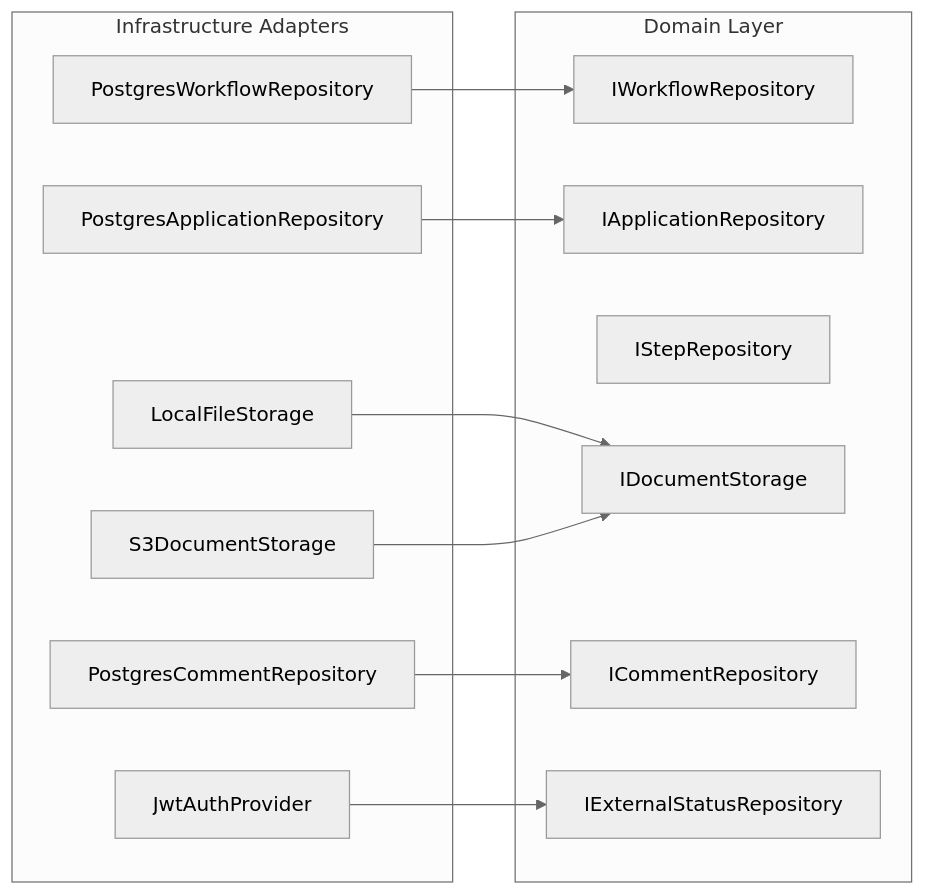
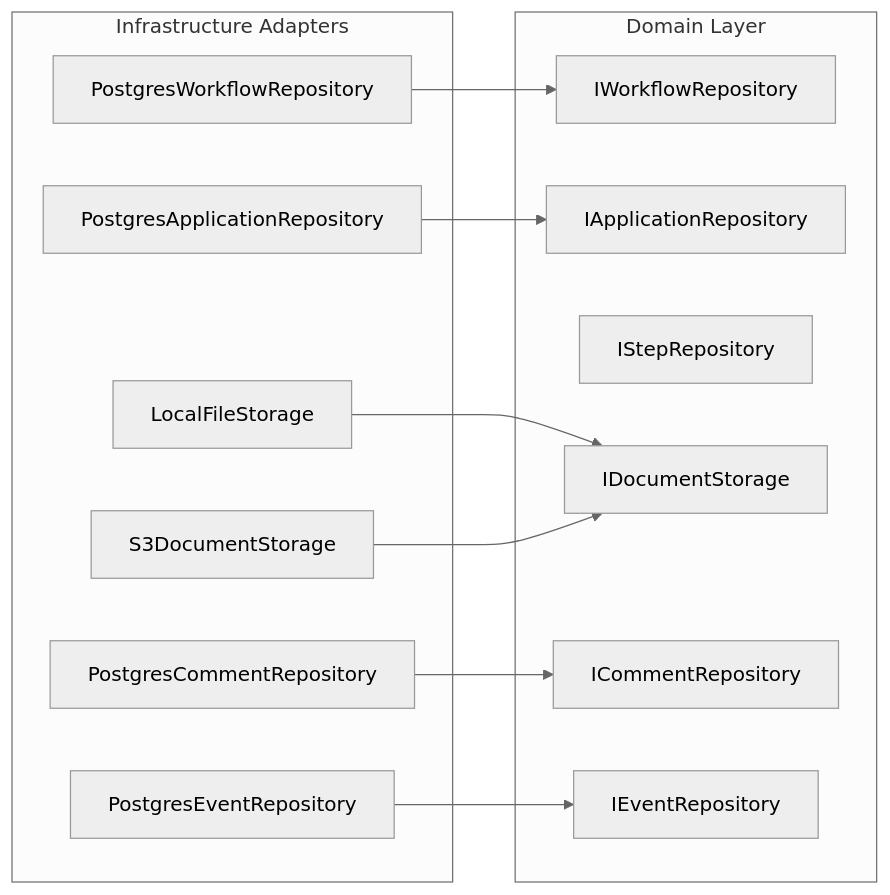
Before and after one commit to ryanvu-dev/VisaFlow: the second of 4 diagrams in artefacts/product-knowledge/solution-design/4-system-architecture.md, drawn with Mermaid (neutral theme). The commit also changed other lines of this file and 6 other files, not shown here.

````diff
--- a/artefacts/product-knowledge/solution-design/4-system-architecture.md
+++ b/artefacts/product-knowledge/solution-design/4-system-architecture.md
@@ -84,27 +85,27 @@
 ```mermaid
 flowchart LR
     subgraph DomainLayer[Domain Layer]
         IWorkflowRepo[IWorkflowRepository]
         IApplicationRepo[IApplicationRepository]
         IStepRepo[IStepRepository]
         IStorage[IDocumentStorage]
         ICommentRepo[ICommentRepository]
-        IExternalStatusRepo[IExternalStatusRepository]
+        IEventRepo[IEventRepository]
     end
 
     subgraph InfraLayer[Infrastructure Adapters]
         PostgresAppRepo[PostgresApplicationRepository]
         PostgresWorkflowRepo[PostgresWorkflowRepository]
         PostgresCommentRepo[PostgresCommentRepository]
+        PostgresEventRepo[PostgresEventRepository]
         LocalStorage[LocalFileStorage]
         S3Storage[S3DocumentStorage]
-        JwtAuth[JwtAuthProvider]
     end
 
     PostgresAppRepo --> IApplicationRepo
     PostgresWorkflowRepo --> IWorkflowRepo
     PostgresCommentRepo --> ICommentRepo
+    PostgresEventRepo --> IEventRepo
     LocalStorage --> IStorage
     S3Storage --> IStorage
-    JwtAuth --> IExternalStatusRepo
 ```
````
